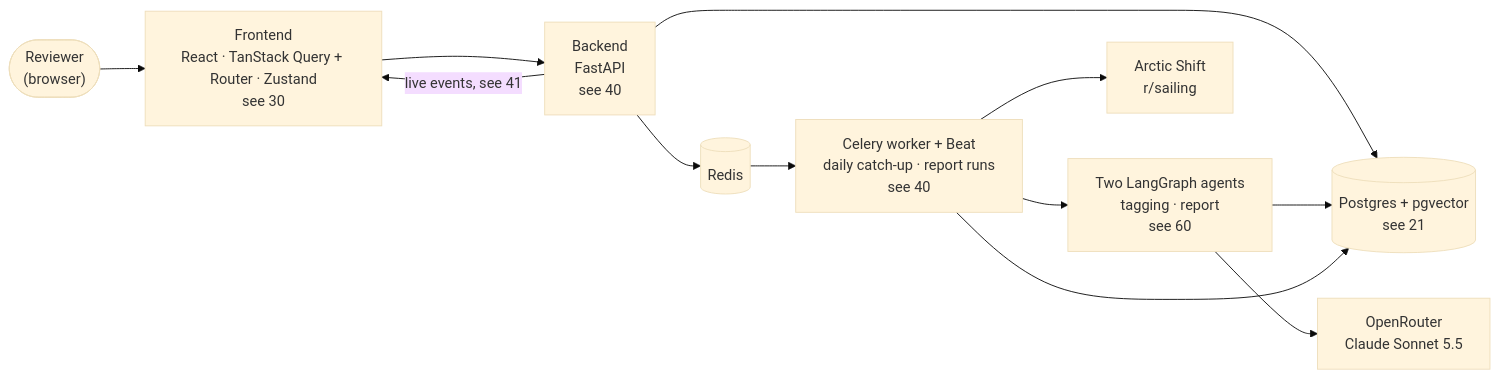
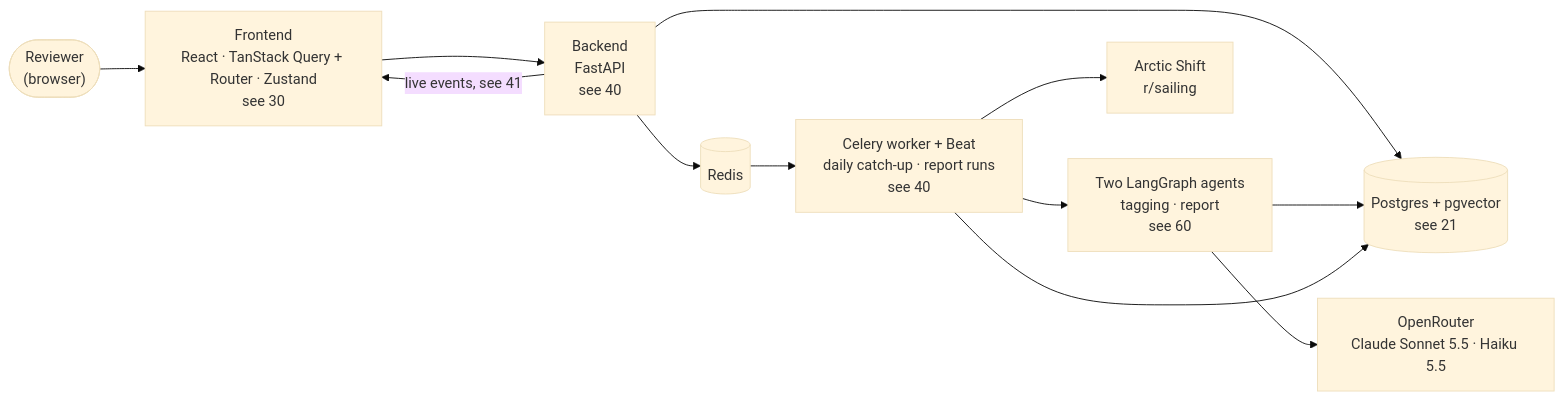
One commit to brianaderer/transcendent changed the diagram in docs/atlas/01-system-map.md. Above: the diagram before and after it, drawn with Mermaid (base theme). The commit also changed other lines of this file and 5 other files, not shown here.

Commit message:
Atlas: tagging on Claude Haiku 5.5 with at most three look-ups

````diff
--- a/docs/atlas/01-system-map.md
+++ b/docs/atlas/01-system-map.md
@@ -8,24 +8,24 @@
 ```mermaid
 flowchart LR
     USER(["Reviewer<br/>(browser)"])
     FE["Frontend<br/>React · TanStack Query + Router · Zustand<br/>see 30"]
     API["Backend<br/>FastAPI<br/>see 40"]
     STORE[("Postgres + pgvector<br/>see 21")]
     QUEUE[("Redis")]
     WORKER["Celery worker + Beat<br/>daily catch-up · report runs<br/>see 40"]
     AGENTS["Two LangGraph agents<br/>tagging · report<br/>see 60"]
     SRC["Arctic Shift<br/>r/sailing"]
-    OR["OpenRouter<br/>Claude Sonnet 5.5"]
+    OR["OpenRouter<br/>Claude Sonnet 5.5 · Haiku 5.5"]
 
     USER --> FE
     FE --> API
     API -->|"live events, see 41"| FE
     API --> STORE
     API --> QUEUE
     QUEUE --> WORKER
     WORKER --> SRC
     WORKER --> AGENTS
     AGENTS --> OR
     AGENTS --> STORE
     WORKER --> STORE
 ```
````
